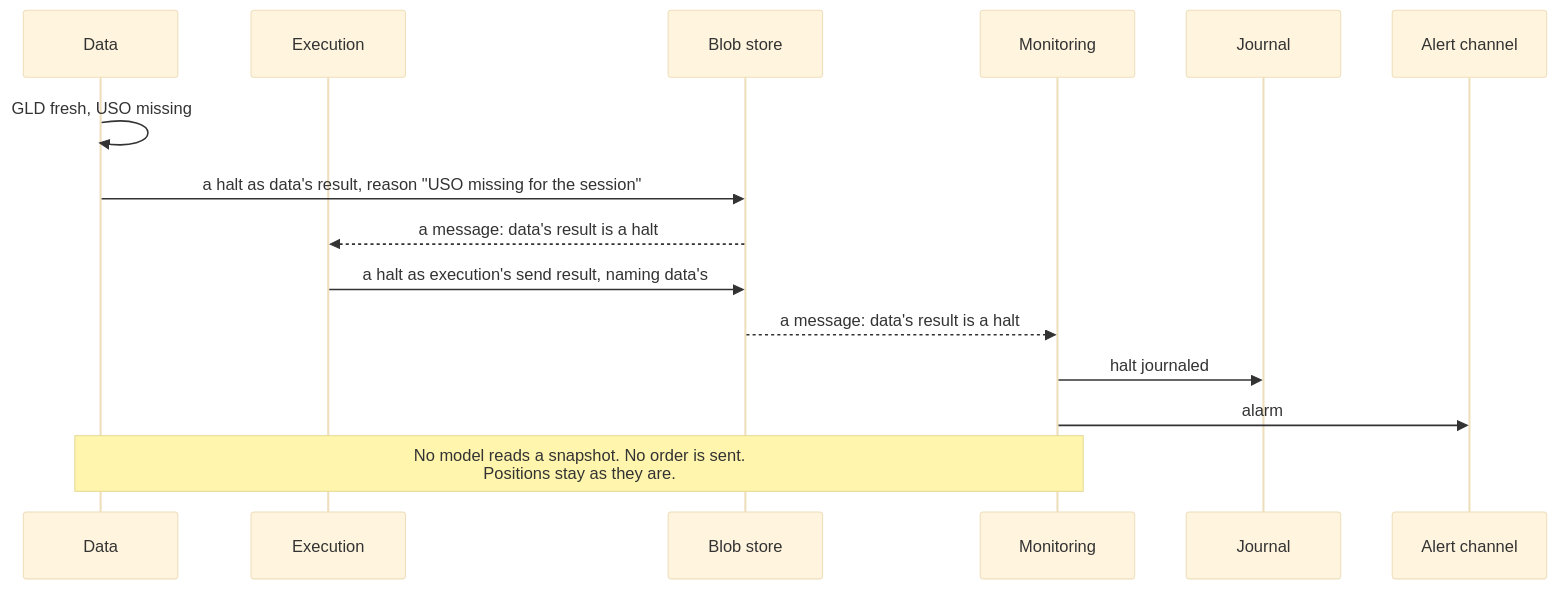
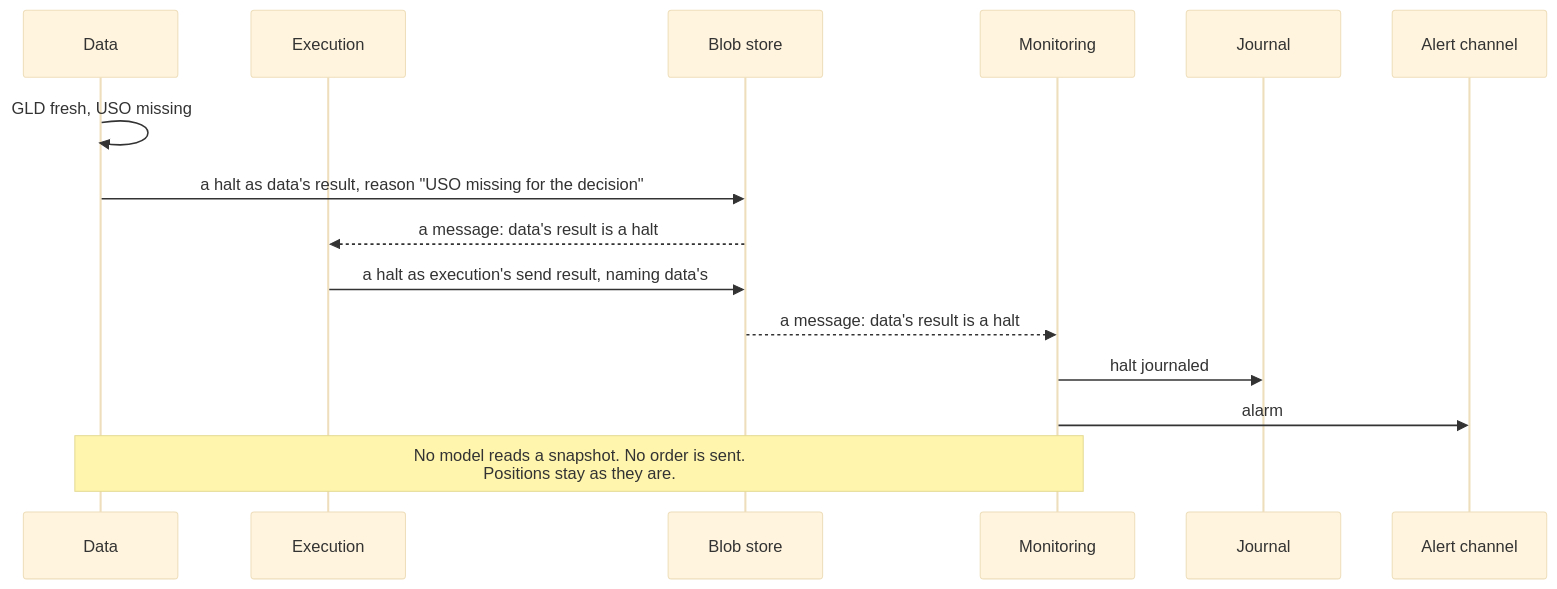
Before and after one commit to l3a0/ithildin-runtime: the fifth of 16 diagrams in docs/architecture.md, drawn with Mermaid (base theme). The commit also changed other lines of this file and 2 other files, not shown here.

````diff
--- a/docs/architecture.md
+++ b/docs/architecture.md
@@ -633,18 +642,18 @@
 ```mermaid
 sequenceDiagram
     participant D as Data
     participant X as Execution
     participant F as Blob store
     participant M as Monitoring
     participant J as Journal
     participant L as Alert channel
 
     D->>D: GLD fresh, USO missing
-    D->>F: a halt as data's result, reason "USO missing for the session"
+    D->>F: a halt as data's result, reason "USO missing for the decision"
     F-->>X: a message: data's result is a halt
     X->>F: a halt as execution's send result, naming data's
     F-->>M: a message: data's result is a halt
     M->>J: halt journaled
     M->>L: alarm
     Note over D,M: No model reads a snapshot. No order is sent.<br/>Positions stay as they are.
 ```
````
